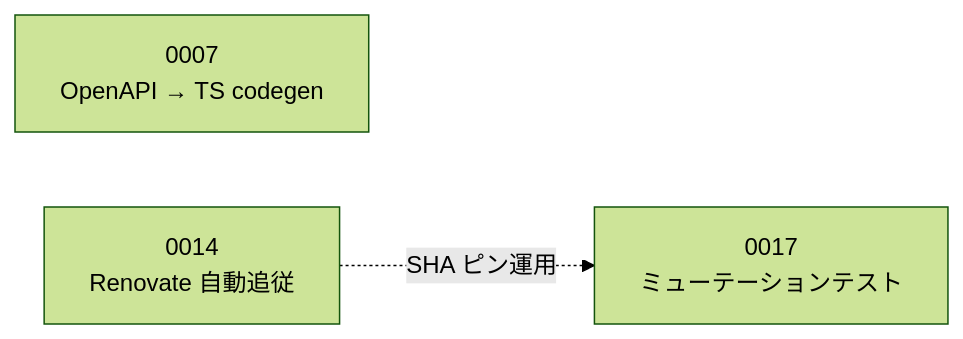
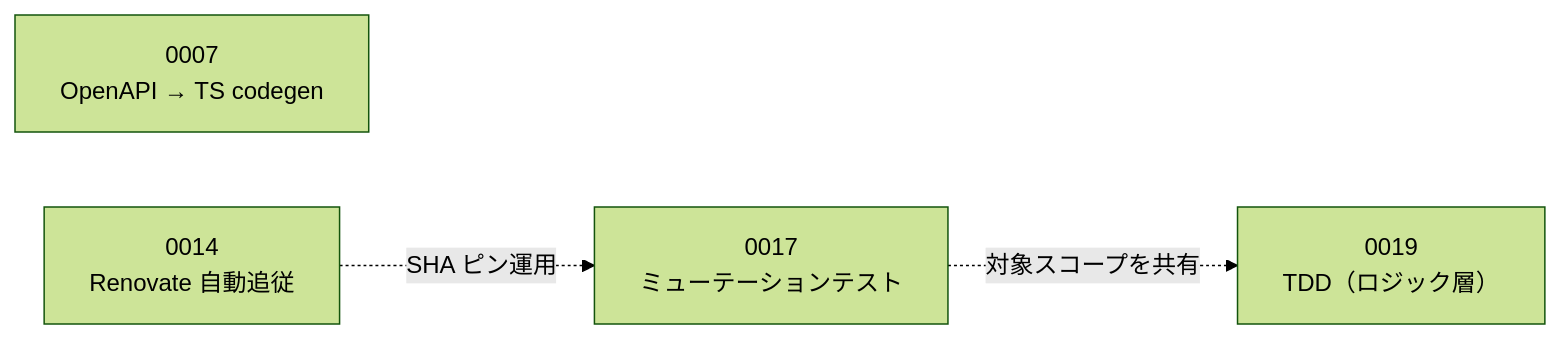
One commit to yusuke0610/devforge changed the fourth of 4 diagrams in docs/adr/README.md. Above: the diagram before and after it, drawn with Mermaid (forest theme). The commit also changed other lines of this file and 12 other files, not shown here.

````diff
--- a/docs/adr/README.md
+++ b/docs/adr/README.md
@@ -93,5 +95,6 @@
 ```mermaid
 graph LR
     D0007["0007<br/>OpenAPI → TS codegen"]
     D0014["0014<br/>Renovate 自動追従"] -.->|"SHA ピン運用"| D0017["0017<br/>ミューテーションテスト"]
+    D0017 -.->|"対象スコープを共有"| D0019["0019<br/>TDD（ロジック層）"]
 ```
````
